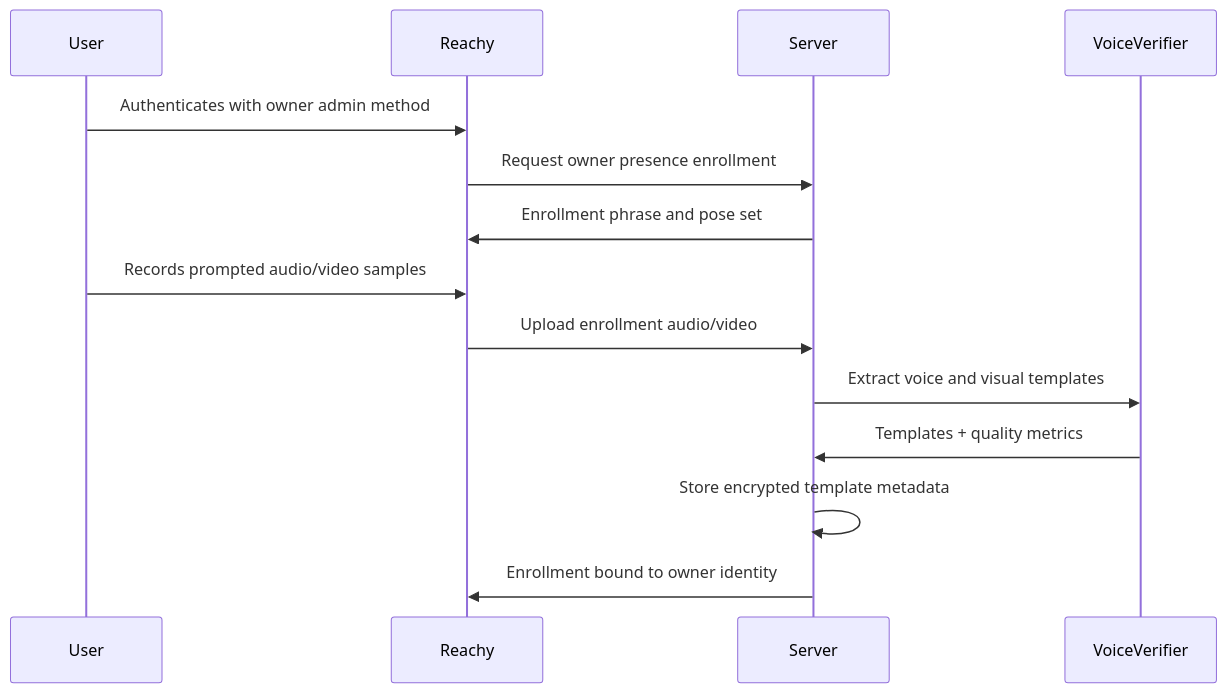
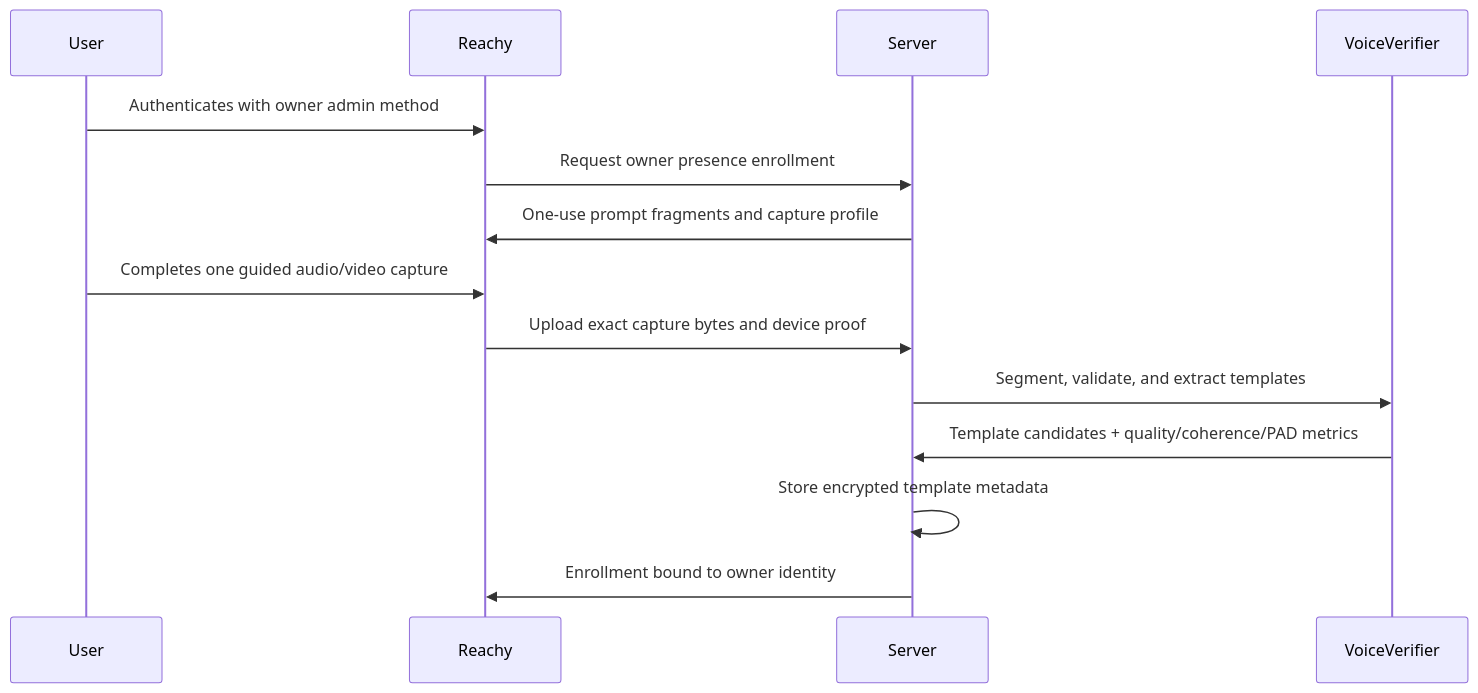
The first of 2 diagrams in voiceId/docs/voice-biometrics.md (seams-tech/seams-sdk), drawn with Mermaid before and after one commit. The commit also changed other lines of this file and 22 other files, not shown here.

````diff
--- a/voiceId/docs/voice-biometrics.md
+++ b/voiceId/docs/voice-biometrics.md
@@ -718,17 +664,17 @@
 ```mermaid
 sequenceDiagram
   participant User
   participant Reachy
   participant Server
   participant VoiceVerifier
 
   User->>Reachy: Authenticates with owner admin method
   Reachy->>Server: Request owner presence enrollment
-  Server->>Reachy: Enrollment phrase and pose set
-  User->>Reachy: Records prompted audio/video samples
-  Reachy->>Server: Upload enrollment audio/video
-  Server->>VoiceVerifier: Extract voice and visual templates
-  VoiceVerifier->>Server: Templates + quality metrics
+  Server->>Reachy: One-use prompt fragments and capture profile
+  User->>Reachy: Completes one guided audio/video capture
+  Reachy->>Server: Upload exact capture bytes and device proof
+  Server->>VoiceVerifier: Segment, validate, and extract templates
+  VoiceVerifier->>Server: Template candidates + quality/coherence/PAD metrics
   Server->>Server: Store encrypted template metadata
   Server->>Reachy: Enrollment bound to owner identity
 ```
````
